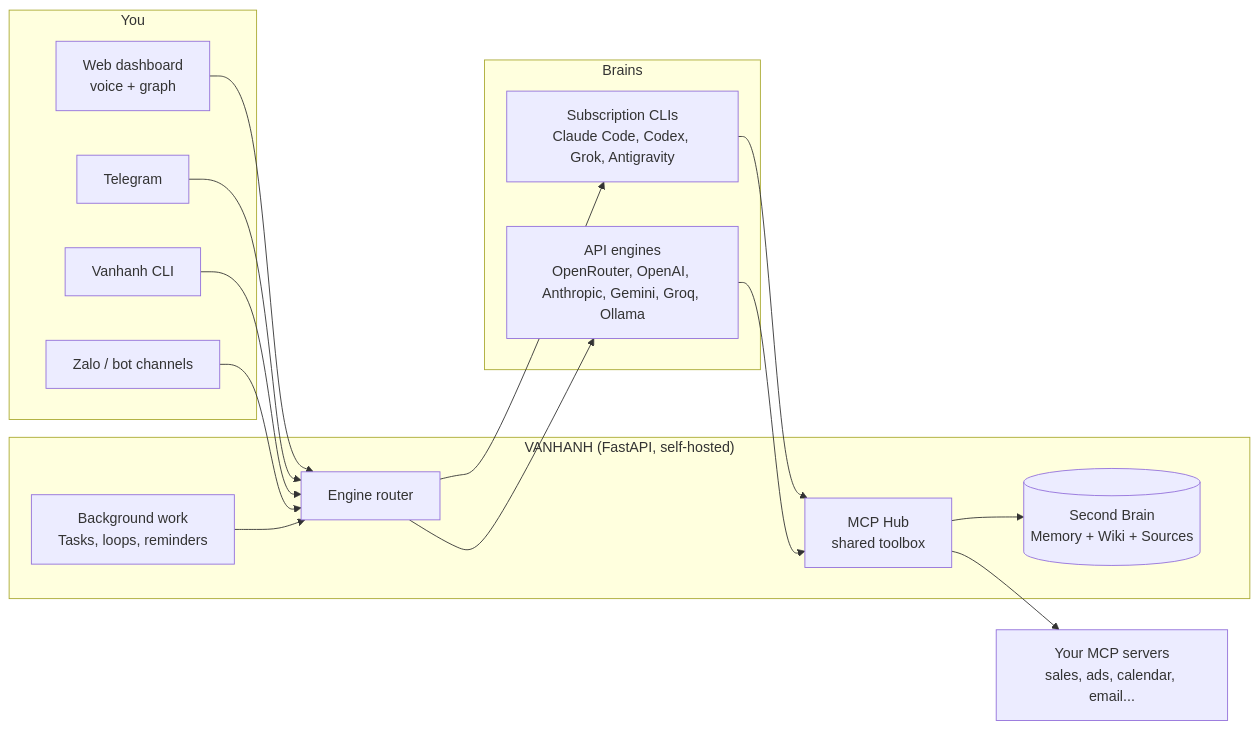
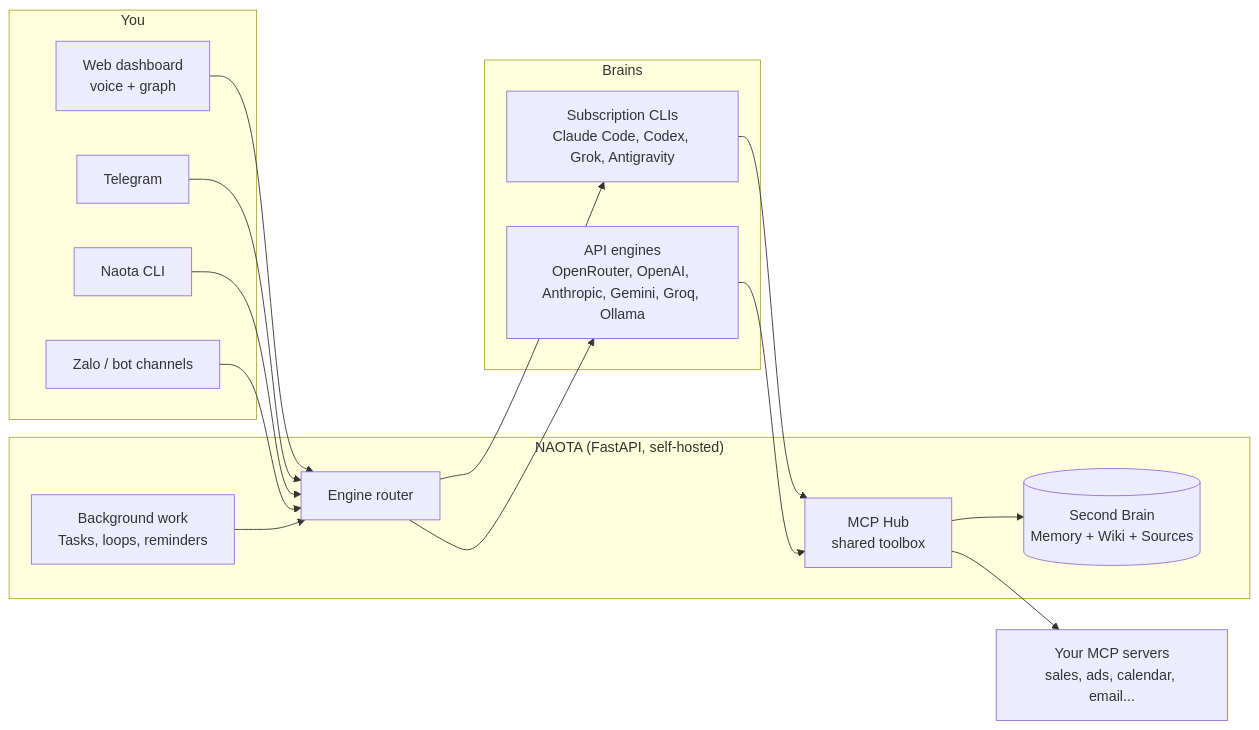
One commit to lequydailb-dotcom/naoso changed the diagram in docs/i18n/de/README.md. Above: the diagram before and after it, drawn with Mermaid. The commit also changed other lines of this file and 2115 other files, not shown here.

````diff
--- a/docs/i18n/de/README.md
+++ b/docs/i18n/de/README.md
@@ -199,25 +200,25 @@
 ```mermaid
 flowchart LR
     subgraph You
         W[Web dashboard<br>voice + graph]
         T[Telegram]
-        C[Vanhanh CLI]
+        C[Naota CLI]
         Z[Zalo / bot channels]
     end
-    subgraph Vanhanh["VANHANH (FastAPI, self-hosted)"]
+    subgraph Naota["NAOTA (FastAPI, self-hosted)"]
         R[Engine router]
         H[MCP Hub<br>shared toolbox]
         B[(Second Brain<br>Memory + Wiki + Sources)]
         Q[Background work<br>Tasks, loops, reminders]
     end
     subgraph Brains
         S[Subscription CLIs<br>Claude Code, Codex, Grok, Antigravity]
         A[API engines<br>OpenRouter, OpenAI, Anthropic, Gemini, Groq, Ollama]
     end
     W & T & C & Z --> R
     R --> S & A
     S & A --> H
     H --> B
     H --> M[Your MCP servers<br>sales, ads, calendar, email...]
     Q --> R
 ```
````
